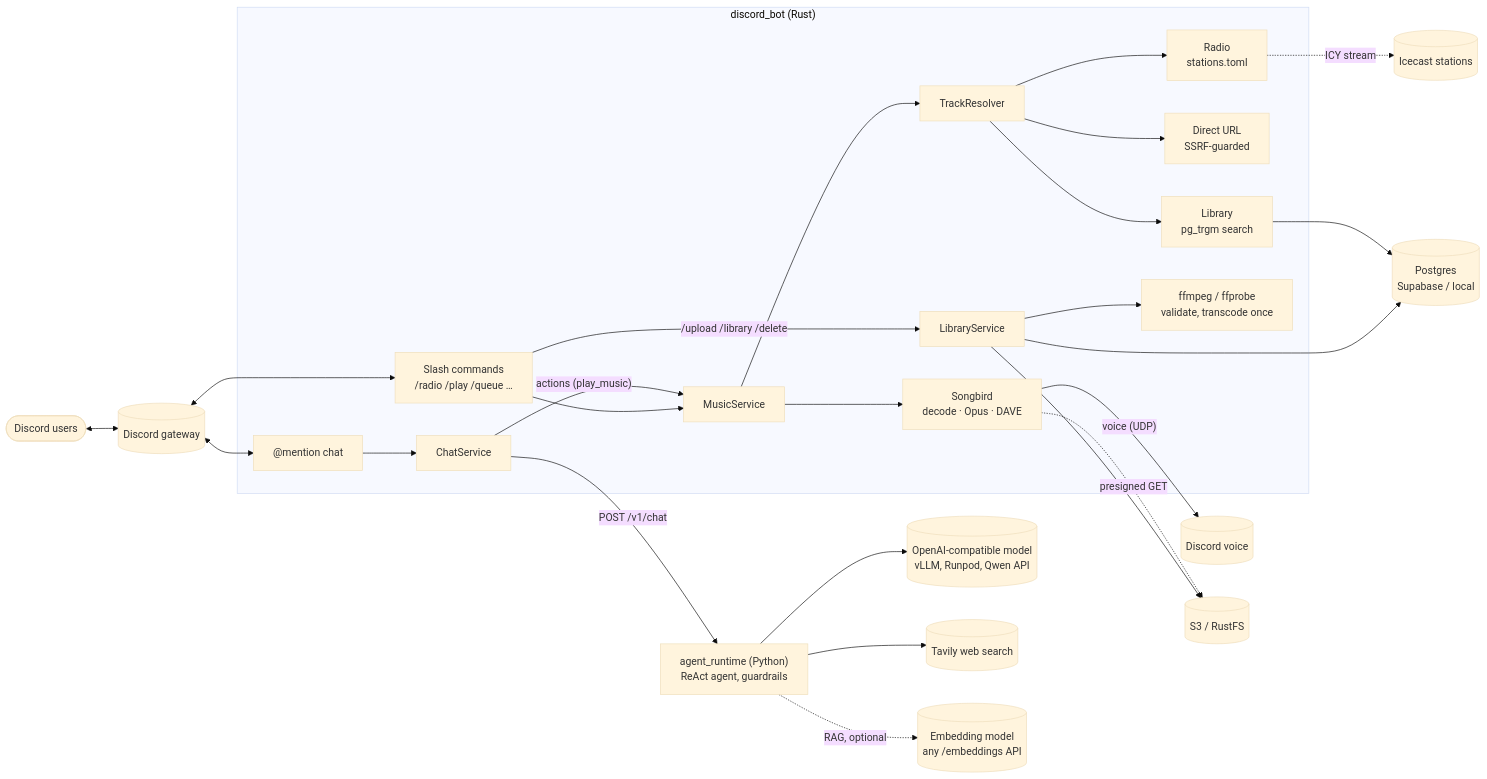
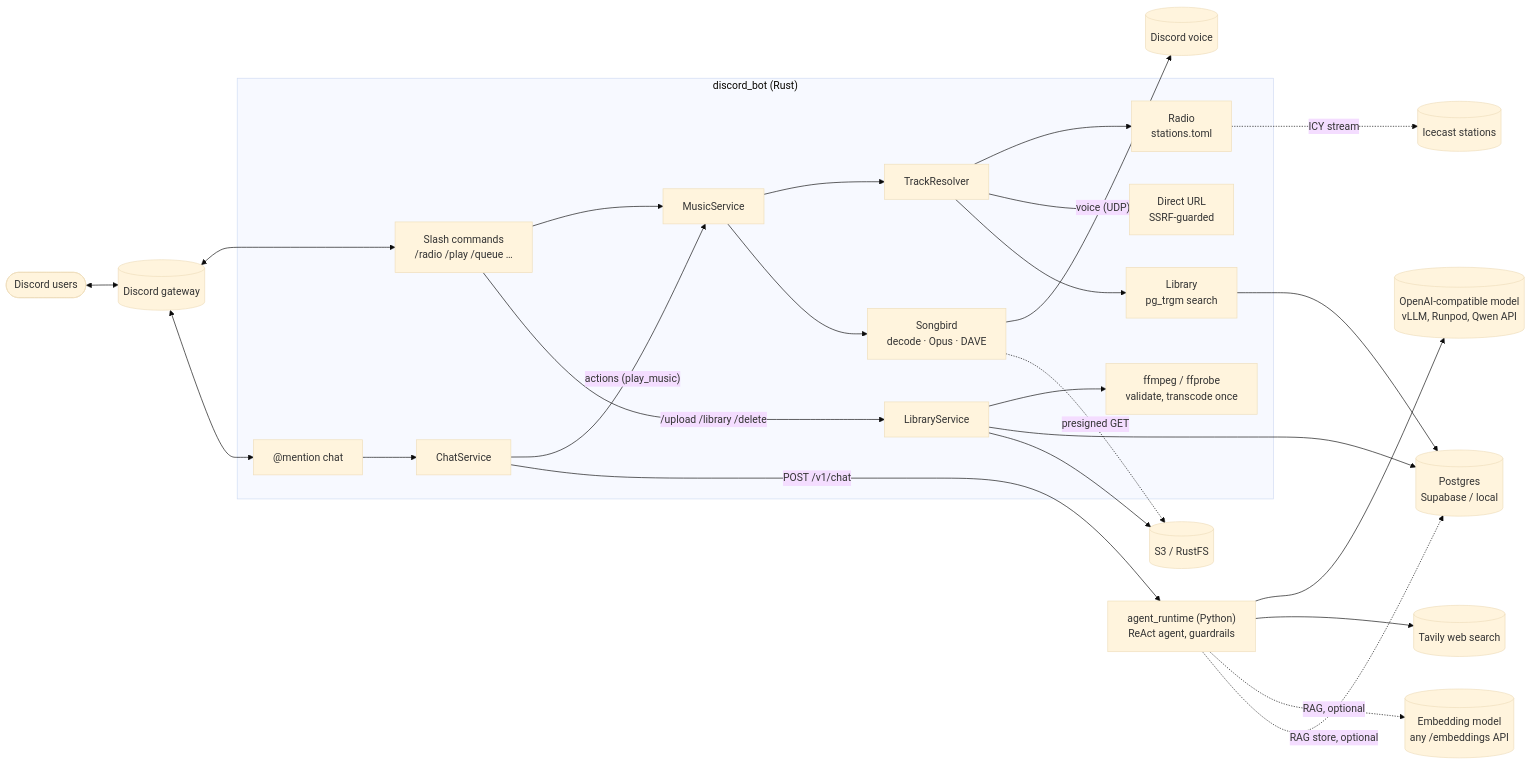
The diagram in README.md (PatiphanAK/tatarbot), drawn with Mermaid (base theme) before and after one commit. The commit also changed other lines of this file and 15 other files, not shown here.

````diff
--- a/README.md
+++ b/README.md
@@ -12,30 +13,31 @@
 ```mermaid
 flowchart LR
     users([Discord users]) <--> gateway[(Discord gateway)]
 
     subgraph bot["discord_bot (Rust)"]
         slash["Slash commands<br/>/radio /play /queue …"] --> music[MusicService]
         mention["@mention chat"] --> chat[ChatService]
         chat -- "actions (play_music)" --> music
         music --> resolver[TrackResolver]
         resolver --> radio["Radio<br/>stations.toml"]
         resolver --> link["Direct URL<br/>SSRF-guarded"]
         resolver --> lib["Library<br/>pg_trgm search"]
         music --> songbird["Songbird<br/>decode · Opus · DAVE"]
         slash -- "/upload /library /delete" --> library[LibraryService]
         library --> ffmpeg["ffmpeg / ffprobe<br/>validate, transcode once"]
     end
 
     gateway <--> slash
     gateway <--> mention
     songbird -- "voice (UDP)" --> voice[(Discord voice)]
     radio -. "ICY stream" .-> icecast[(Icecast stations)]
     chat -- "POST /v1/chat" --> runtime["agent_runtime (Python)<br/>ReAct agent, guardrails"]
     runtime --> model[(OpenAI-compatible model<br/>vLLM, Runpod, Qwen API)]
     runtime --> tavily[(Tavily web search)]
     runtime -. "RAG, optional" .-> embed[(Embedding model<br/>any /embeddings API)]
+    runtime -. "RAG store, optional" .-> pg
     library --> pg[(Postgres<br/>Supabase / local)]
     library --> s3[(S3 / RustFS)]
     lib --> pg
     songbird -. "presigned GET" .-> s3
 ```
````
